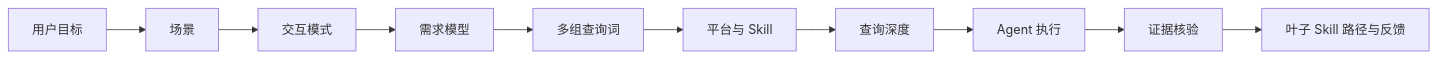
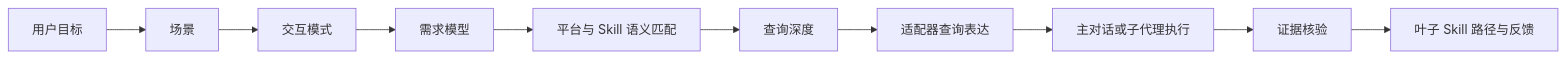
Before and after one commit to sxyq/research-router: the first of 5 diagrams in README.md, drawn with Mermaid. The commit also changed other lines of this file and 30 other files, not shown here.

````diff
--- a/README.md
+++ b/README.md
@@ -33,12 +33,12 @@
 ```mermaid
 flowchart LR
     A[用户目标] --> B[场景]
     B --> C[交互模式]
     C --> D[需求模型]
-    D --> E[多组查询词]
-    E --> F[平台与 Skill]
-    F --> G[查询深度]
-    G --> H[Agent 执行]
+    D --> E[平台与 Skill 语义匹配]
+    E --> F[查询深度]
+    F --> G[适配器查询表达]
+    G --> H[主对话或子代理执行]
     H --> I[证据核验]
     I --> J[叶子 Skill 路径与反馈]
 ```
````
